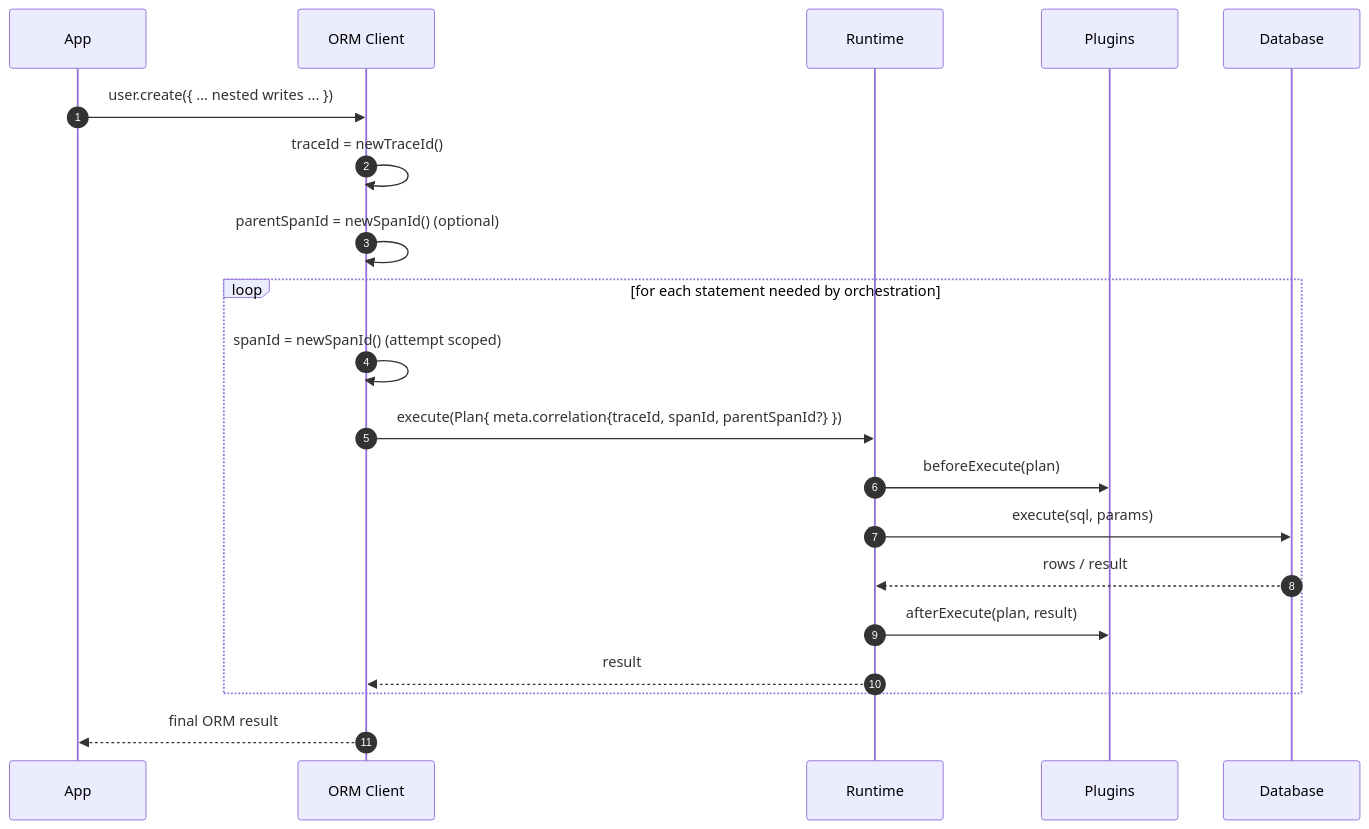
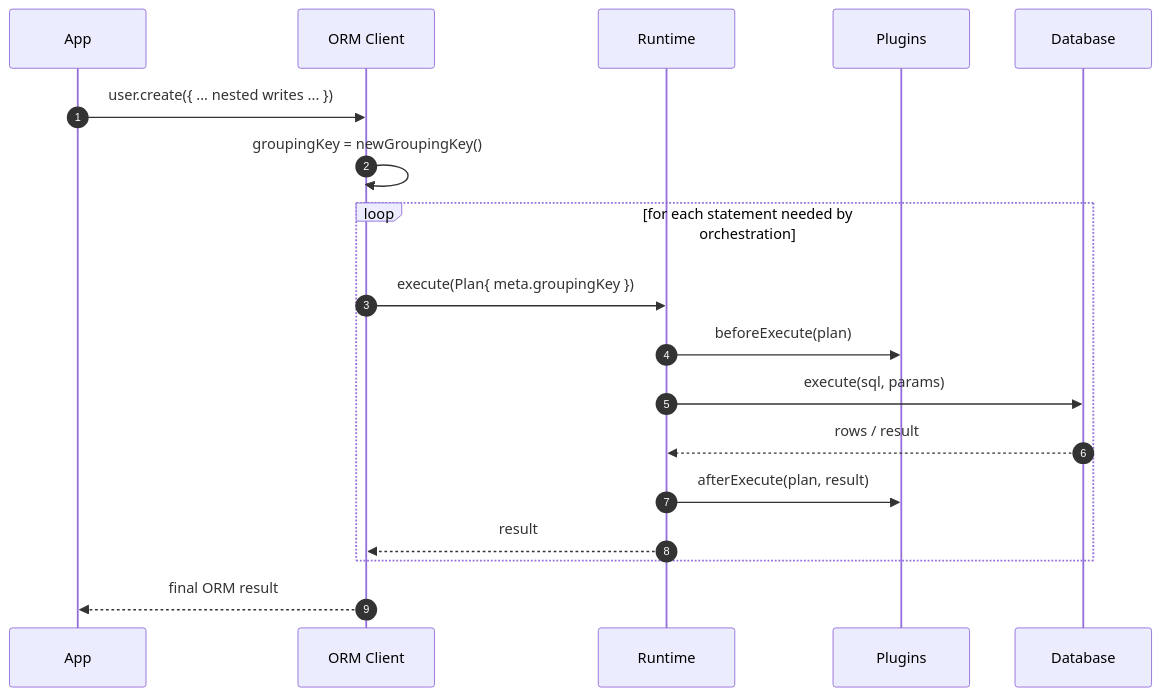
Before and after one commit to prisma/prisma-next: the diagram in docs/architecture docs/adrs/ADR 159 - Plan correlation ids for multi-statement orchestration.md, drawn with Mermaid. The commit also changed other lines of this file, not shown here.

Commit message:
docs(architecture): switch ADR 159 to groupingKey

````diff
--- a/docs/architecture docs/adrs/ADR 159 - Plan correlation ids for multi-statement orchestration.md
+++ b/docs/architecture docs/adrs/ADR 159 - Plan correlation ids for multi-statement orchestration.md
@@ -29,25 +23,23 @@
 ```mermaid
 sequenceDiagram
   autonumber
   participant App as App
   participant ORM as ORM Client
   participant RT as Runtime
   participant Plugins as Plugins
   participant DB as Database
 
   App->>ORM: user.create({ ... nested writes ... })
-  ORM->>ORM: traceId = newTraceId()
-  ORM->>ORM: parentSpanId = newSpanId() (optional)
+  ORM->>ORM: groupingKey = newGroupingKey()
 
   loop for each statement needed by orchestration
-    ORM->>ORM: spanId = newSpanId()  (attempt scoped)
-    ORM->>RT: execute(Plan{ meta.correlation{traceId, spanId, parentSpanId?} })
+    ORM->>RT: execute(Plan{ meta.groupingKey })
     RT->>Plugins: beforeExecute(plan)
     RT->>DB: execute(sql, params)
     DB-->>RT: rows / result
     RT->>Plugins: afterExecute(plan, result)
     RT-->>ORM: result
   end
 
   ORM-->>App: final ORM result
 ```
````
